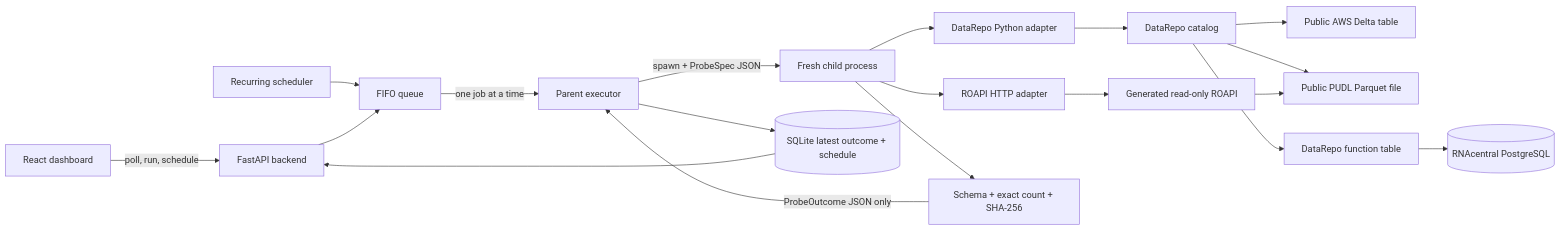
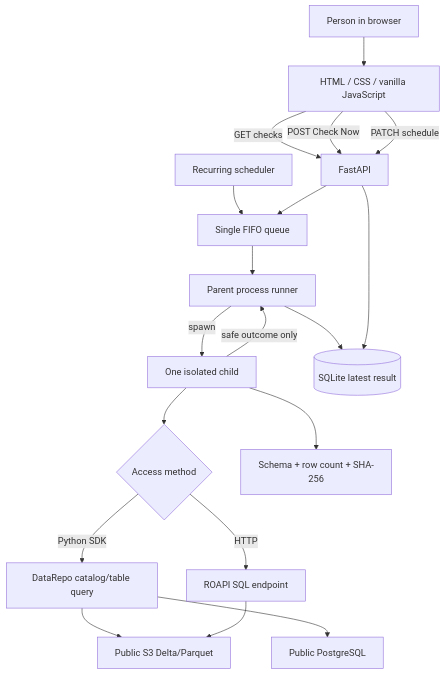
One commit to aliiqbal24/DataRepo-Doctor changed the diagram in GUIDE.md. Above: the diagram before and after it, drawn with Mermaid. The commit also changed other lines of this file and 62 other files, not shown here.

Commit message:
Simplify DataRepo Doctor architecture

````diff
--- a/GUIDE.md
+++ b/GUIDE.md
@@ -204,21 +85,21 @@
 ```mermaid
-flowchart LR
-    Browser[React dashboard] -->|poll, run, schedule| API[FastAPI backend]
-    Scheduler[Recurring scheduler] --> Queue[FIFO queue]
+flowchart TD
+    Person[Person in browser] --> UI[HTML / CSS / vanilla JavaScript]
+    UI -->|GET checks| API[FastAPI]
+    UI -->|POST Check Now| API
+    UI -->|PATCH schedule| API
+    Scheduler[Recurring scheduler] --> Queue[Single FIFO queue]
     API --> Queue
-    Queue -->|one job at a time| Parent[Parent executor]
-    Parent -->|spawn + ProbeSpec JSON| Child[Fresh child process]
-    Child --> SDK[DataRepo Python adapter]
-    Child --> HTTP[ROAPI HTTP adapter]
-    SDK --> Catalog[DataRepo catalog]
-    Catalog --> Delta[Public AWS Delta table]
-    Catalog --> Parquet[Public PUDL Parquet file]
-    Catalog --> Function[DataRepo function table]
-    Function --> RNA[(RNAcentral PostgreSQL)]
-    HTTP --> ROAPI[Generated read-only ROAPI]
-    ROAPI --> Parquet
-    Child --> Validate[Schema + exact count + SHA-256]
-    Validate -->|ProbeOutcome JSON only| Parent
-    Parent --> SQLite[(SQLite latest outcome + schedule)]
-    SQLite --> API
+    Queue --> Runner[Parent process runner]
+    Runner -->|spawn| Child[One isolated child]
+    Child --> Retrieval{Access method}
+    Retrieval -->|Python SDK| DataRepo[DataRepo catalog/table query]
+    Retrieval -->|HTTP| ROAPI[ROAPI SQL endpoint]
+    DataRepo --> S3[Public S3 Delta/Parquet]
+    DataRepo --> PG[Public PostgreSQL]
+    ROAPI --> S3
+    Child --> Validation[Schema + row count + SHA-256]
+    Child -->|safe outcome only| Runner
+    Runner --> SQLite[(SQLite latest result)]
+    API --> SQLite
 ```
````
